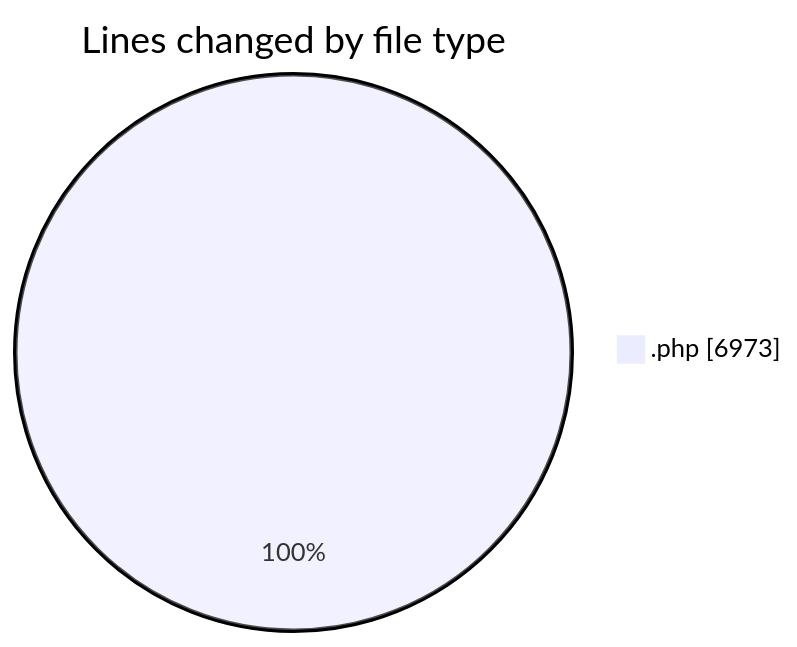
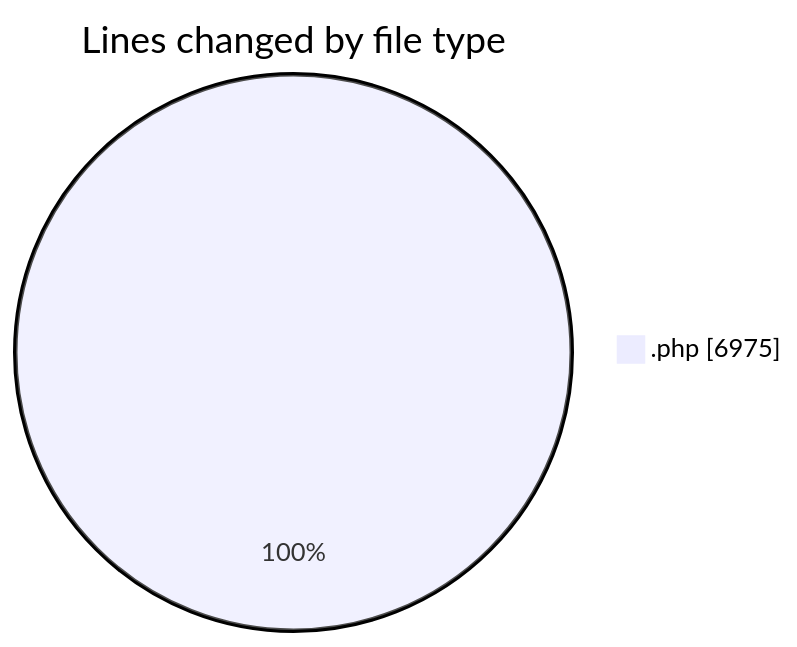
One commit to vahidmafi/code-tracking changed the first of 2 diagrams in 2025-04-17/zeytoon/README.md. Above: the diagram before and after it, drawn with Mermaid. The commit also changed other lines of this file and 1 other file, not shown here.

````diff
--- a/2025-04-17/zeytoon/README.md
+++ b/2025-04-17/zeytoon/README.md
@@ -25,5 +25,5 @@
 ```mermaid
 pie showData
 title Lines changed by file type
-".php" : 6973
+".php" : 6975
 ```
````
